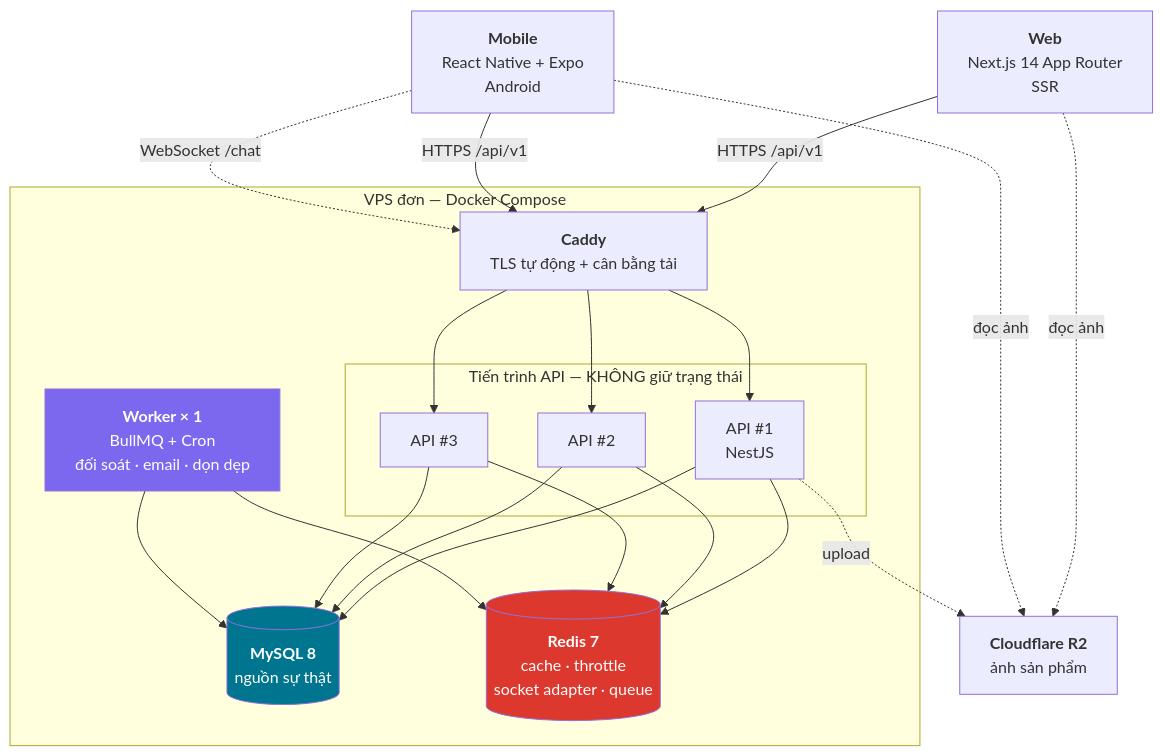
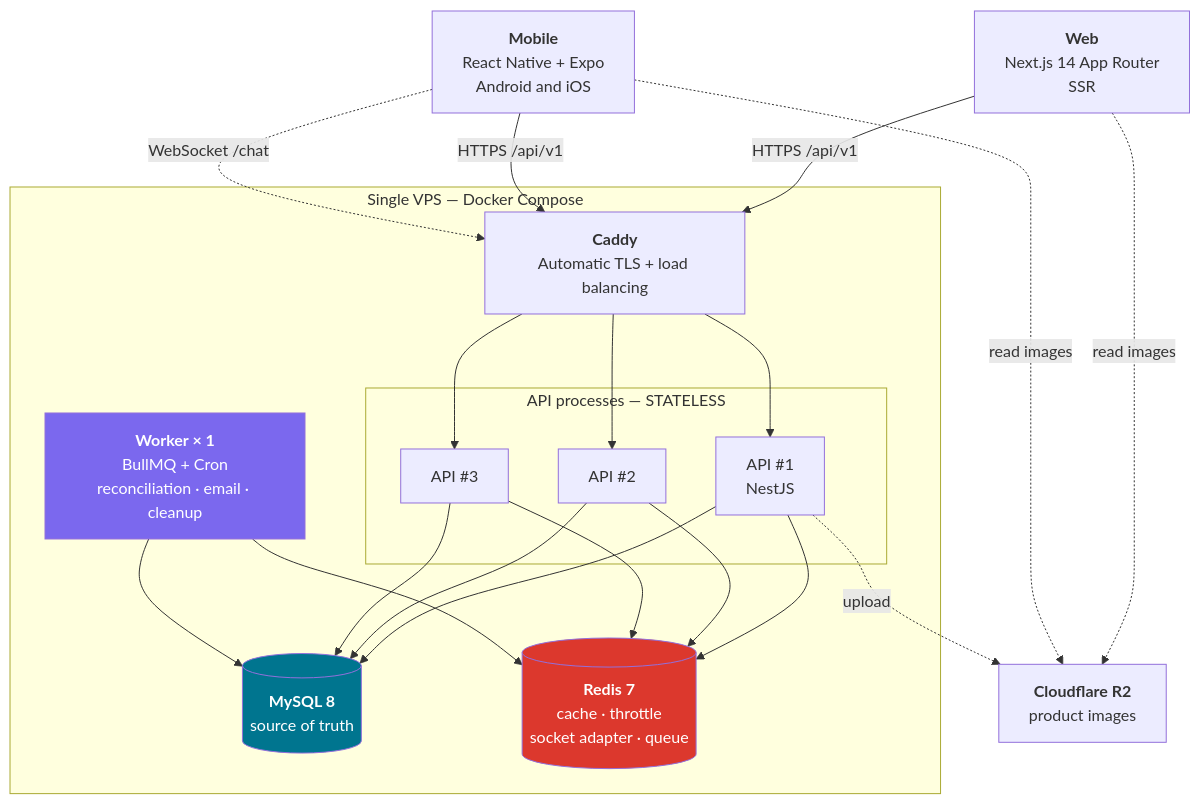
One commit to tdat-dev/Zoldify_Backend changed the second of 18 diagrams in docs/system-design/2026-08-06-zoldify-diagrams.md. Above: the diagram before and after it, drawn with Mermaid. The commit also changed other lines of this file, not shown here.

````diff
--- a/docs/system-design/2026-08-06-zoldify-diagrams.md
+++ b/docs/system-design/2026-08-06-zoldify-diagrams.md
@@ -91,48 +103,48 @@
 ```mermaid
 flowchart TB
     web["<b>Web</b><br/>Next.js 14 App Router<br/>SSR"]
-    app["<b>Mobile</b><br/>React Native + Expo<br/>Android"]
+    app["<b>Mobile</b><br/>React Native + Expo<br/>Android and iOS"]
 
-    subgraph vps["VPS đơn — Docker Compose"]
-        caddy["<b>Caddy</b><br/>TLS tự động + cân bằng tải"]
+    subgraph vps["Single VPS — Docker Compose"]
+        caddy["<b>Caddy</b><br/>Automatic TLS + load balancing"]
 
-        subgraph apis["Tiến trình API — KHÔNG giữ trạng thái"]
+        subgraph apis["API processes — STATELESS"]
             api1["API #1<br/>NestJS"]
             api2["API #2"]
             api3["API #3"]
         end
 
-        worker["<b>Worker × 1</b><br/>BullMQ + Cron<br/>đối soát · email · dọn dẹp"]
+        worker["<b>Worker × 1</b><br/>BullMQ + Cron<br/>reconciliation · email · cleanup"]
 
-        mysql[("<b>MySQL 8</b><br/>nguồn sự thật")]
+        mysql[("<b>MySQL 8</b><br/>source of truth")]
         redis[("<b>Redis 7</b><br/>cache · throttle<br/>socket adapter · queue")]
     end
 
-    r2["<b>Cloudflare R2</b><br/>ảnh sản phẩm"]
+    r2["<b>Cloudflare R2</b><br/>product images"]
 
     web -->|"HTTPS /api/v1"| caddy
     app -->|"HTTPS /api/v1"| caddy
     app -.->|"WebSocket /chat"| caddy
 
     caddy --> api1
     caddy --> api2
     caddy --> api3
 
     api1 --> mysql
     api2 --> mysql
     api3 --> mysql
     api1 --> redis
     api2 --> redis
     api3 --> redis
 
     worker --> mysql
     worker --> redis
 
     api1 -.->|"upload"| r2
-    web -.->|"đọc ảnh"| r2
-    app -.->|"đọc ảnh"| r2
+    web -.->|"read images"| r2
+    app -.->|"read images"| r2
 
     style redis fill:#dc382d,color:#fff
     style mysql fill:#00758f,color:#fff
     style worker fill:#7b68ee,color:#fff
 ```
````
